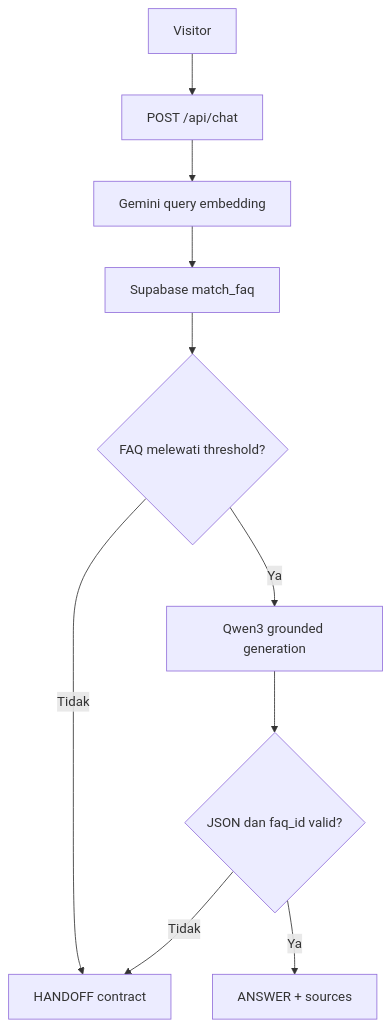
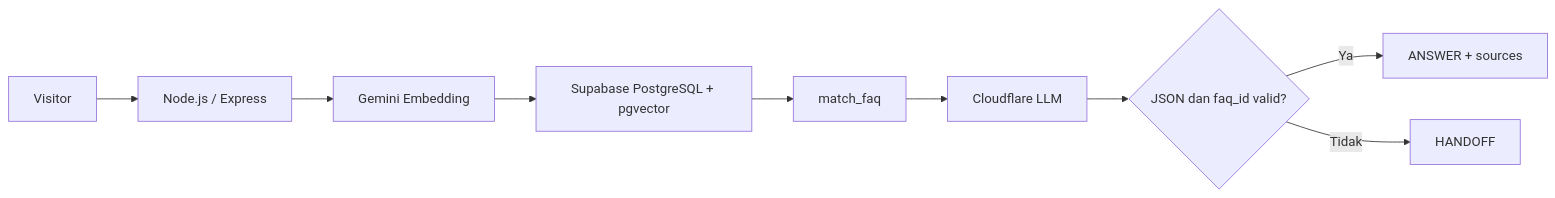
Before and after one commit to irfanapriansyah27/campus-faq-chatbot: the diagram in README.md, drawn with Mermaid. The commit also changed other lines of this file and 5 other files, not shown here.

````diff
--- a/README.md
+++ b/README.md
@@ -28,12 +20,11 @@
 ```mermaid
-flowchart TD
-    A["Visitor"] --> B["POST /api/chat"]
-    B --> C["Gemini query embedding"]
-    C --> D["Supabase match_faq"]
-    D --> E{"FAQ melewati threshold?"}
-    E -- Tidak --> H["HANDOFF contract"]
-    E -- Ya --> F["Qwen3 grounded generation"]
-    F --> G{"JSON dan faq_id valid?"}
-    G -- Ya --> I["ANSWER + sources"]
-    G -- Tidak --> H
+flowchart LR
+    U["Visitor"] --> API["Node.js / Express"]
+    API --> GE["Gemini Embedding"]
+    GE --> DB["Supabase PostgreSQL + pgvector"]
+    DB --> RPC["match_faq"]
+    RPC --> CF["Cloudflare LLM"]
+    CF --> V{"JSON dan faq_id valid?"}
+    V -- Ya --> A["ANSWER + sources"]
+    V -- Tidak --> H["HANDOFF"]
 ```
````
